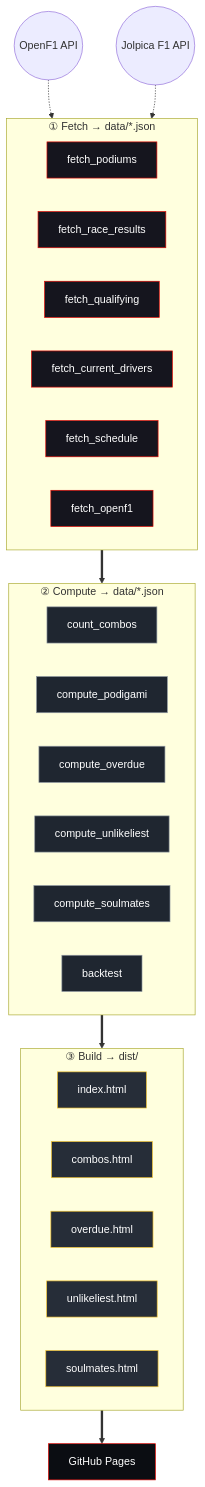
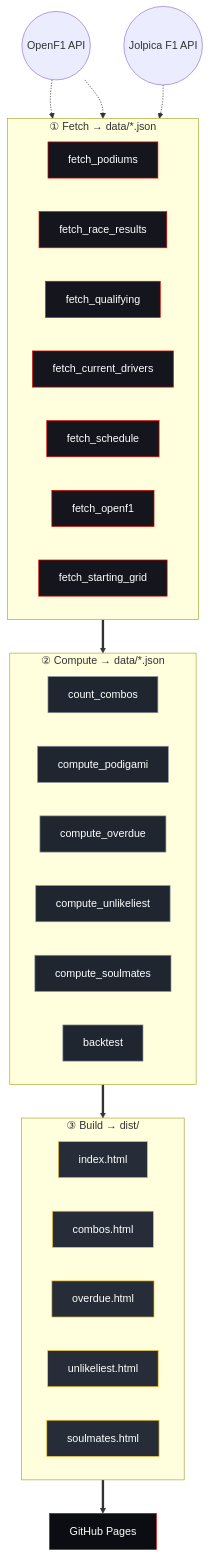
Before and after one commit to NikoKiru/f1podigami: the first of 2 diagrams in README.md, drawn with Mermaid. The commit also changed other lines of this file and 20 other files, not shown here.

First line of the commit message:
Use F1's official starting grid for the post-qualifying prediction (#352)

````diff
--- a/README.md
+++ b/README.md
@@ -106,49 +106,51 @@
 ```mermaid
 flowchart TD
     classDef fetch fill:#15151E,stroke:#e10600,color:#fff
     classDef compute fill:#1f2630,stroke:#8b949e,color:#fff
     classDef build fill:#262d38,stroke:#f4c430,color:#fff
     classDef page fill:#0b0d12,stroke:#e10600,color:#fff
     classDef json fill:#161b22,stroke:#58a6ff,color:#8b949e
 
     API(("Jolpica F1 API"))
     OF(("OpenF1 API"))
 
     subgraph FETCH ["① Fetch  →  data/*.json"]
         direction LR
         FP["fetch_podiums"]:::fetch
         FR["fetch_race_results"]:::fetch
         FQ["fetch_qualifying"]:::fetch
         FG["fetch_current_drivers"]:::fetch
         FS["fetch_schedule"]:::fetch
         FO["fetch_openf1"]:::fetch
+        FSG["fetch_starting_grid"]:::fetch
     end
 
     API -.-> FETCH
     OF -.-> FO
+    OF -.-> FSG
 
     subgraph COMPUTE ["② Compute  →  data/*.json"]
         direction LR
         CC["count_combos"]:::compute
         CP["compute_podigami"]:::compute
         CO["compute_overdue"]:::compute
         CU["compute_unlikeliest"]:::compute
         CM["compute_soulmates"]:::compute
         BT["backtest"]:::compute
     end
 
     FETCH ==> COMPUTE
 
     subgraph BUILD ["③ Build  →  dist/"]
         direction LR
         BP["index.html"]:::build
         BC["combos.html"]:::build
         BO["overdue.html"]:::build
         BU["unlikeliest.html"]:::build
         BS["soulmates.html"]:::build
     end
 
     COMPUTE ==> BUILD
 
     BUILD ==> GH["GitHub Pages"]:::page
 ```
````
